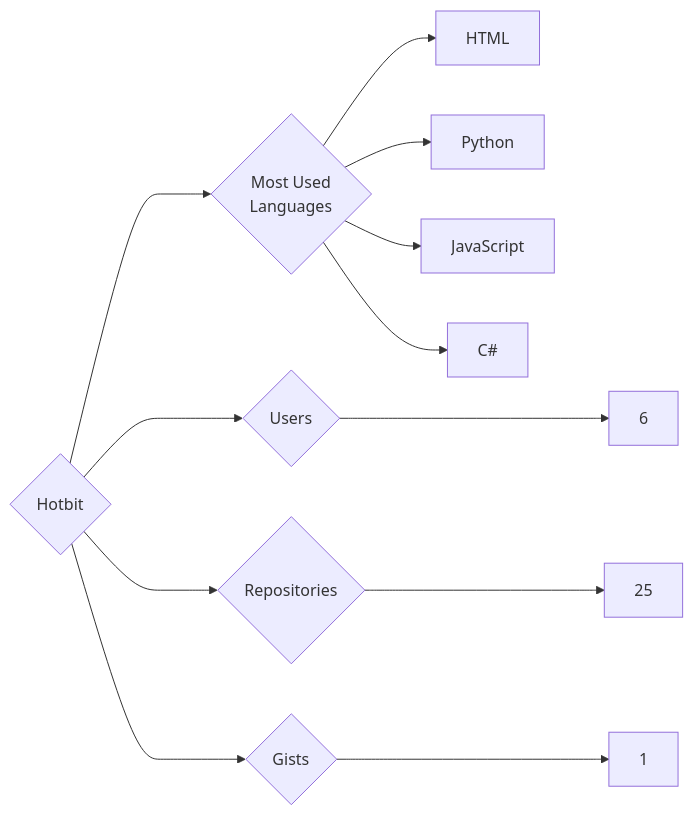
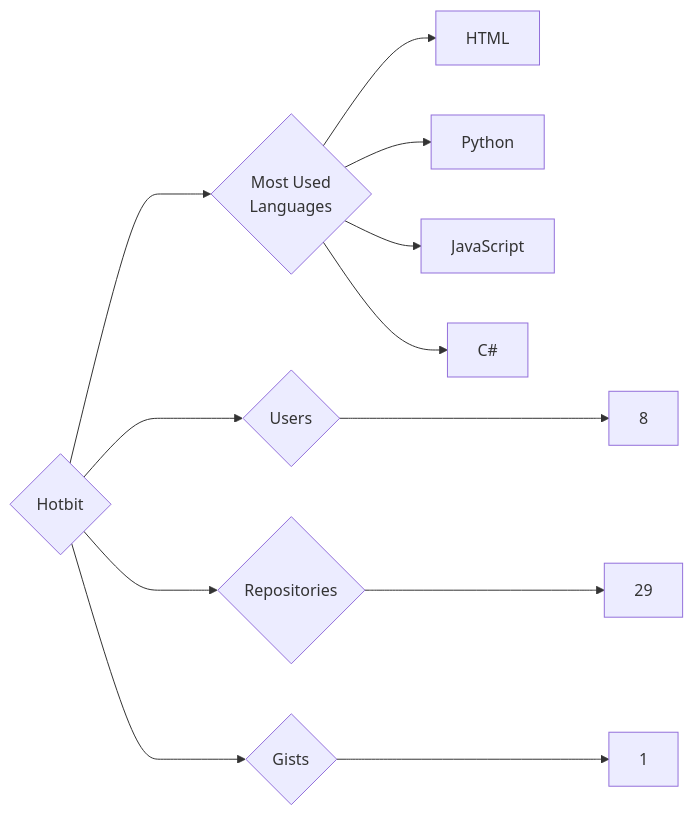
The diagram in targets/Hotbit/README.md (trickest/insiders), drawn with Mermaid before and after one commit. The commit also changed 1149 other files, not shown here.

````diff
--- a/targets/Hotbit/README.md
+++ b/targets/Hotbit/README.md
@@ -3,12 +3,12 @@
 ```mermaid
 graph LR
 COMPANY_NAME{Hotbit}
-COMPANY_NAME ---> U{Users} ---> UN[6]
-COMPANY_NAME ---> R{Repositories} ---> RN[25]
+COMPANY_NAME ---> U{Users} ---> UN[8]
+COMPANY_NAME ---> R{Repositories} ---> RN[29]
 COMPANY_NAME ---> G{Gists} ---> GN[1]
 COMPANY_NAME ---> ML{Most Used<br>Languages}
 ML --> HTML[HTML]
 ML --> Python[Python]
 ML --> JavaScript[JavaScript]
 ML --> C#[C#]
 ```
````
